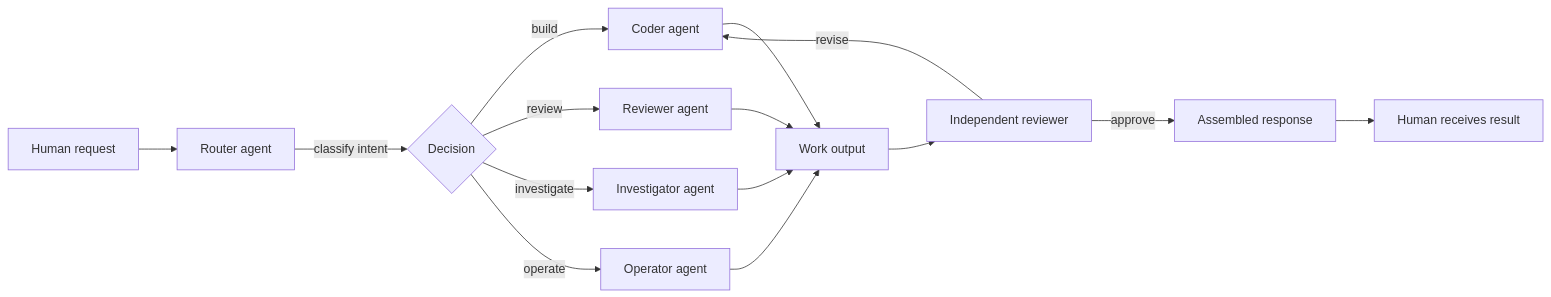
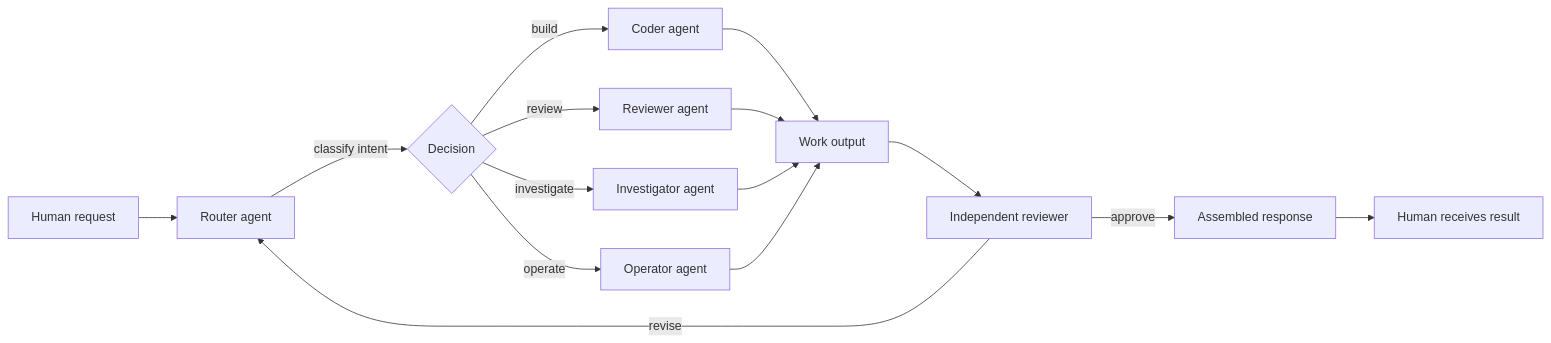
One commit to project42dev/project42-platform changed the diagram in content/diagrams/agent-orchestration.mmd. Above: the diagram before and after it, drawn with Mermaid. The commit also changed 5 other files, not shown here.

```diff
--- a/content/diagrams/agent-orchestration.mmd
+++ b/content/diagrams/agent-orchestration.mmd
@@ -1,18 +1,18 @@
 flowchart LR
     accTitle: Agent orchestration and multi-agent patterns
     accDescr: A flowchart showing how tasks are classified, routed to specialist agents, executed with independent review, and assembled into a final response.
 
     H[Human request] --> R[Router agent]
     R --> |classify intent| D{Decision}
     D --> |build| C[Coder agent]
     D --> |review| RV[Reviewer agent]
     D --> |investigate| I[Investigator agent]
     D --> |operate| O[Operator agent]
     C --> W[Work output]
     RV --> W
     I --> W
     O --> W
     W --> IR[Independent reviewer]
     IR --> |approve| A[Assembled response]
-    IR --> |revise| C
+    IR --> |revise| R
     A --> H2[Human receives result]
```
